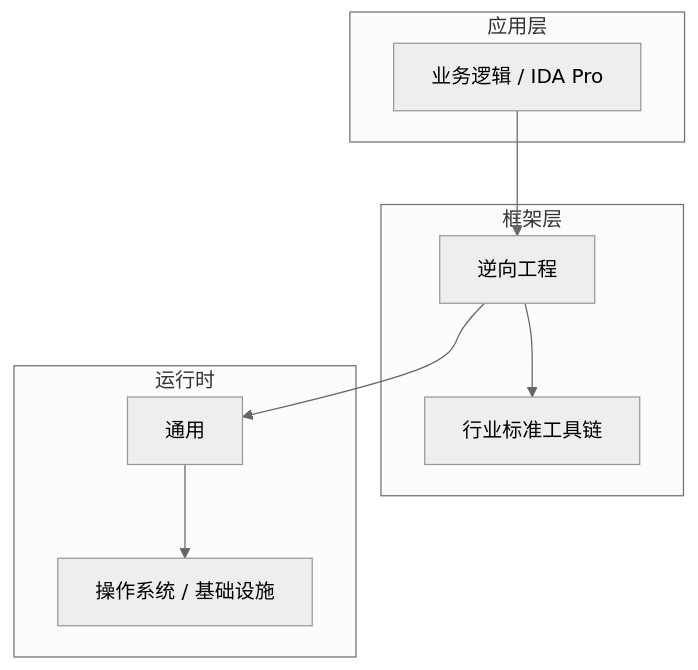
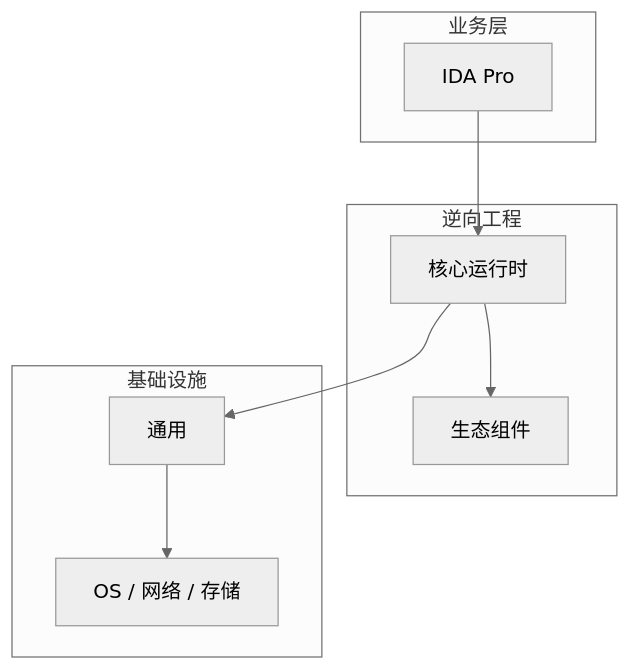
The diagram in articles/逆向工程/chapters/041-IDA-Pro核心概念与原理.md (yanggan2015/knowledge-json-v2), drawn with Mermaid (neutral theme) before and after one commit. The commit also changed other lines of this file and 10127 other files, not shown here.

````diff
--- a/articles/逆向工程/chapters/041-IDA-Pro核心概念与原理.md
+++ b/articles/逆向工程/chapters/041-IDA-Pro核心概念与原理.md
@@ -46,18 +31,18 @@
 ```mermaid
 graph TB
-    subgraph 应用层
-        A[业务逻辑 / IDA Pro]
+    subgraph 业务层
+        A[IDA Pro]
     end
-    subgraph 框架层
-        B[逆向工程]
-        C[行业标准工具链]
+    subgraph 逆向工程
+        B[核心运行时]
+        C[生态组件]
     end
-    subgraph 运行时
+    subgraph 基础设施
         D[通用]
-        E[操作系统 / 基础设施]
+        E[OS / 网络 / 存储]
     end
     A --> B
     B --> C
     B --> D
     D --> E
 ```
````
